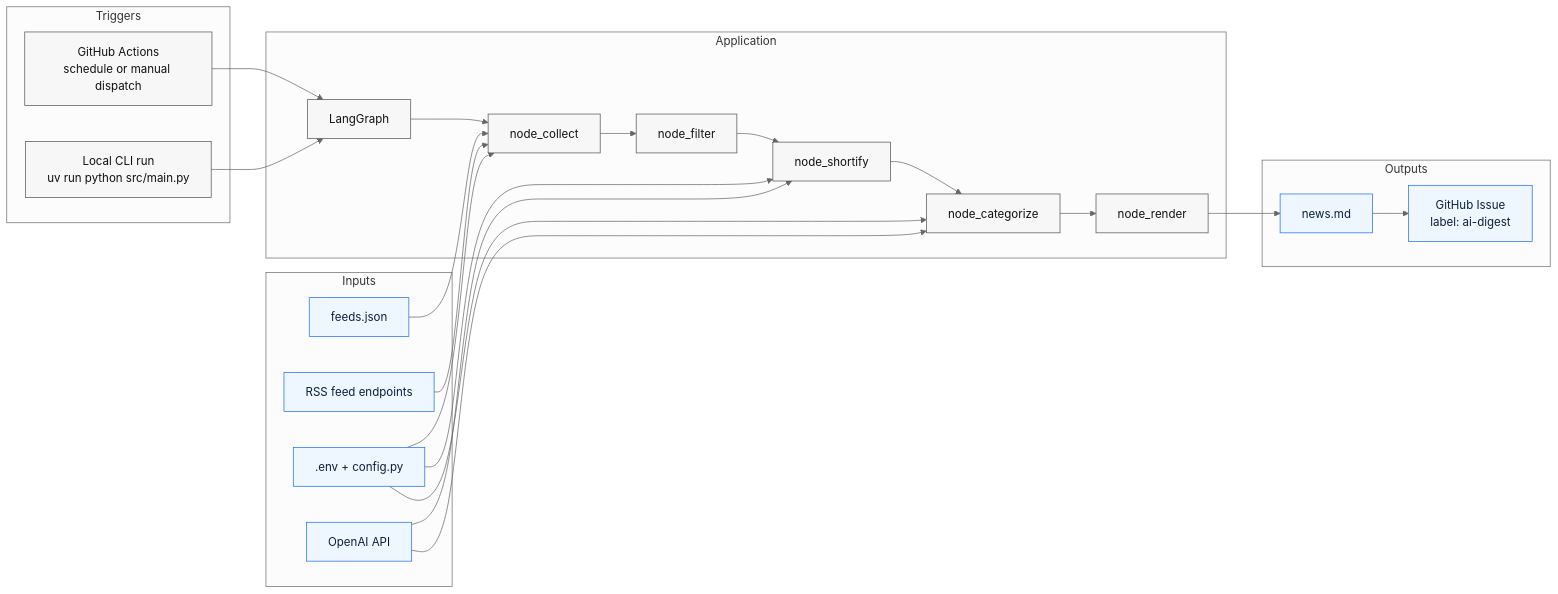
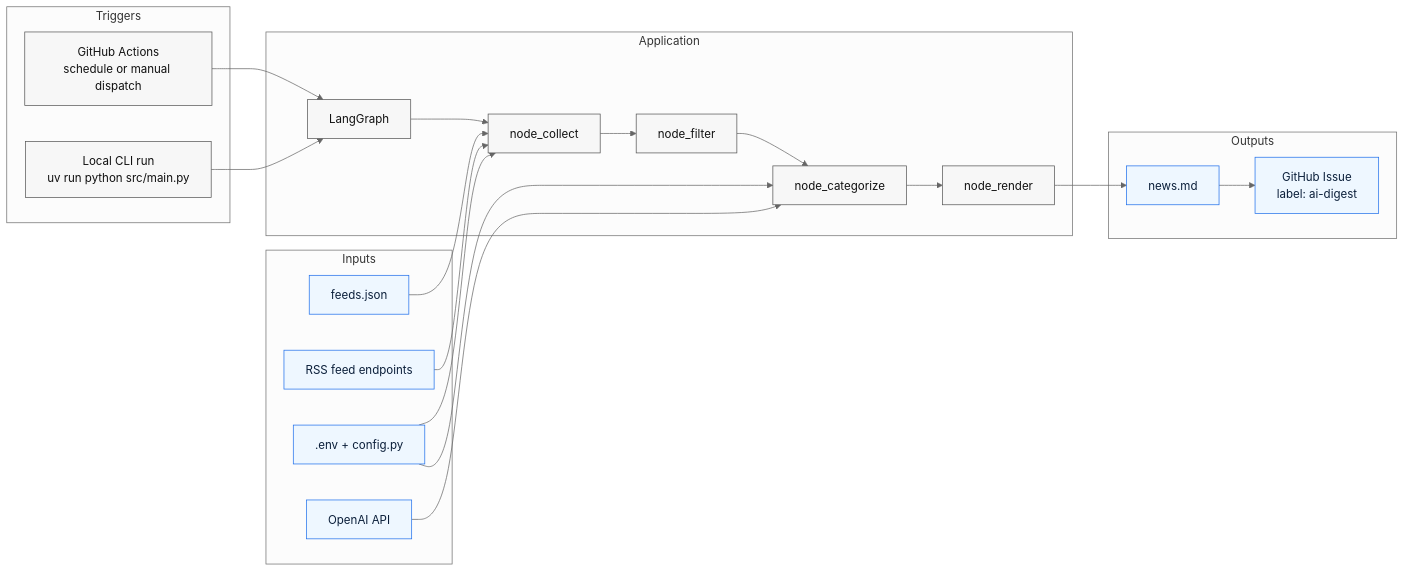
Before and after one commit to nickzren/ai-news-agent: the first of 2 diagrams in README.md, drawn with Mermaid (neutral theme). The commit also changed other lines of this file and 7 other files, not shown here.

Commit message:
refactor(pipeline): improve dedupe flow and feed resilience

````diff
--- a/README.md
+++ b/README.md
@@ -16,45 +16,42 @@
 ```mermaid
 flowchart LR
     subgraph Trigger[Triggers]
         GH[GitHub Actions<br/>schedule or manual dispatch]
         LOCAL[Local CLI run<br/>uv run python src/main.py]
     end
 
     subgraph App[Application]
         G[LangGraph]
         C[node_collect]
         F[node_filter]
-        S[node_shortify]
         K[node_categorize]
         R[node_render]
-        G --> C --> F --> S --> K --> R
+        G --> C --> F --> K --> R
     end
 
     subgraph In[Inputs]
         FEEDS[feeds.json]
         RSS[RSS feed endpoints]
         CONF[.env + config.py]
         OAI[OpenAI API]
     end
 
     subgraph Out[Outputs]
         MD[news.md]
         ISSUE[GitHub Issue<br/>label: ai-digest]
     end
 
     GH --> G
     LOCAL --> G
     FEEDS --> C
     RSS --> C
     CONF --> C
-    CONF --> S
     CONF --> K
-    OAI --> S
     OAI --> K
     R --> MD --> ISSUE
 
     classDef io fill:#eef7ff,stroke:#1f6feb,stroke-width:1px,color:#0b1f3a;
     classDef proc fill:#f7f7f7,stroke:#555,stroke-width:1px,color:#111;
     class FEEDS,RSS,CONF,OAI,MD,ISSUE io;
-    class GH,LOCAL,G,C,F,S,K,R proc;
+    class GH,LOCAL,G,C,F,K,R proc;
 ```
````
